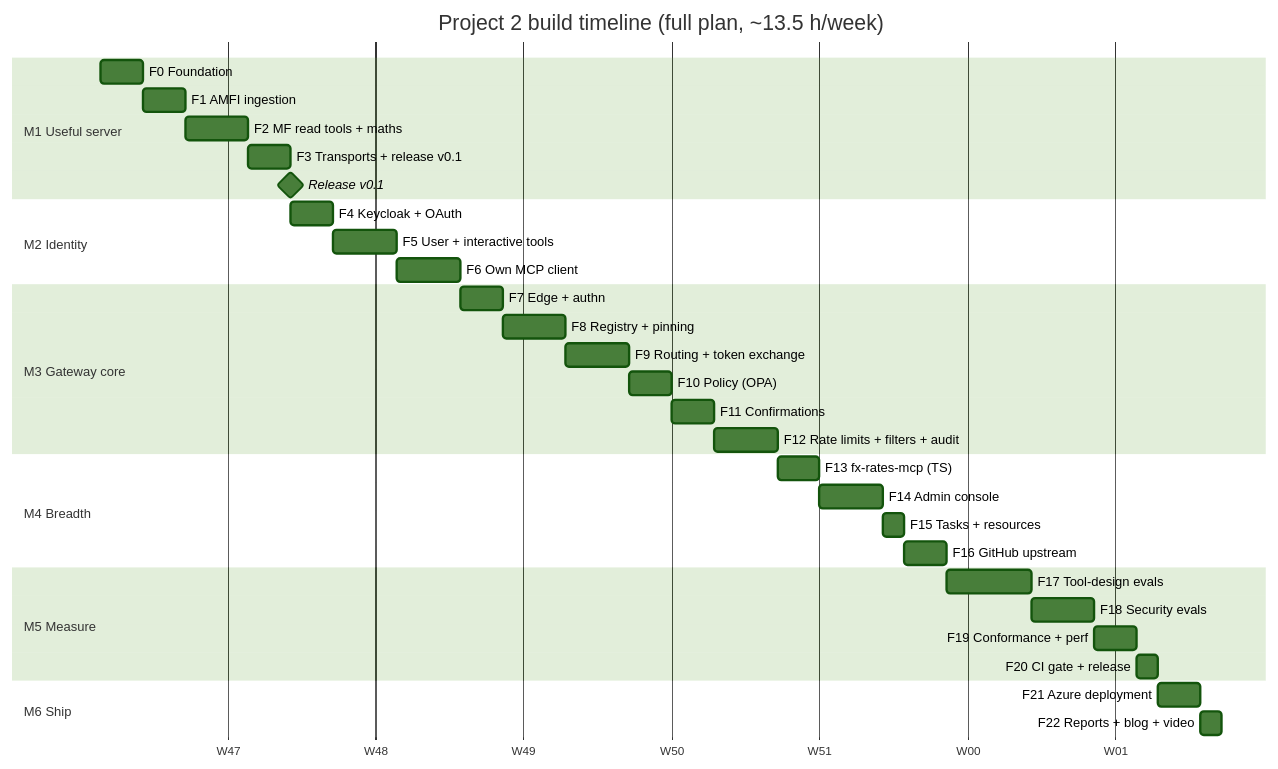
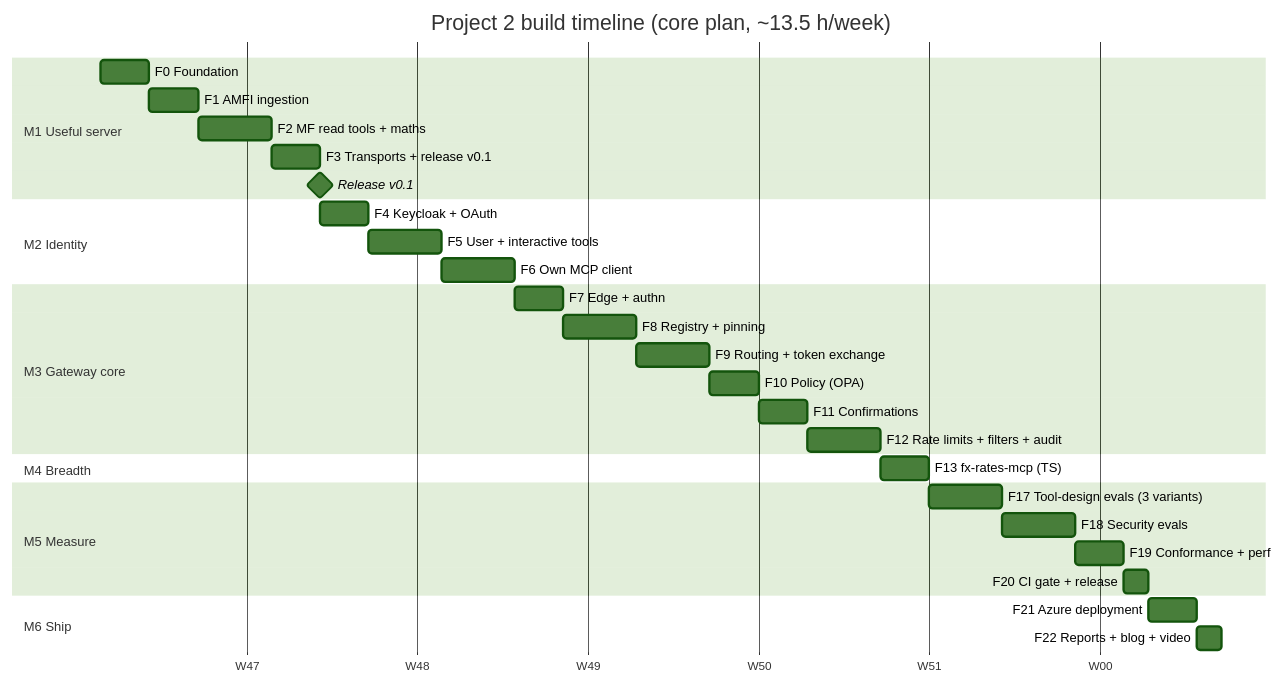
The fourth of 4 diagrams in projects/02-mcp-hub/docs/09-build-plan/README.md (pRiMeXoMeGa/AI-Learning-Projects), drawn with Mermaid (forest theme) before and after one commit. The commit also changed other lines of this file and 10 other files, not shown here.

First line of the commit message:
Choose core plan for Project 2 and update the roadmap

````diff
--- a/projects/02-mcp-hub/docs/09-build-plan/README.md
+++ b/projects/02-mcp-hub/docs/09-build-plan/README.md
@@ -215,36 +213,33 @@
 ```mermaid
 gantt
-    title Project 2 build timeline (full plan, ~13.5 h/week)
+    title Project 2 build timeline (core plan, ~13.5 h/week)
     dateFormat YYYY-MM-DD
     axisFormat W%W
     section M1 Useful server
     F0 Foundation                    :f0, 2026-11-23, 2d
     F1 AMFI ingestion                :f1, after f0, 2d
     F2 MF read tools + maths         :f2, after f1, 3d
     F3 Transports + release v0.1     :f3, after f2, 2d
     Release v0.1                     :milestone, after f3, 0d
     section M2 Identity
     F4 Keycloak + OAuth              :f4, after f3, 2d
     F5 User + interactive tools      :f5, after f4, 3d
     F6 Own MCP client                :f6, after f5, 3d
     section M3 Gateway core
     F7 Edge + authn                  :f7, after f6, 2d
     F8 Registry + pinning            :f8, after f7, 3d
     F9 Routing + token exchange      :f9, after f8, 3d
     F10 Policy (OPA)                 :f10, after f9, 2d
     F11 Confirmations                :f11, after f10, 2d
     F12 Rate limits + filters + audit :f12, after f11, 3d
     section M4 Breadth
     F13 fx-rates-mcp (TS)            :f13, after f12, 2d
-    F14 Admin console                :f14, after f13, 3d
-    F15 Tasks + resources            :f15, after f14, 1d
-    F16 GitHub upstream              :f16, after f15, 2d
     section M5 Measure
-    F17 Tool-design evals            :f17, after f16, 4d
+    F17 Tool-design evals (3 variants) :f17, after f13, 3d
     F18 Security evals               :f18, after f17, 3d
     F19 Conformance + perf           :f19, after f18, 2d
     F20 CI gate + release            :f20, after f19, 1d
     section M6 Ship
     F21 Azure deployment             :f21, after f20, 2d
     F22 Reports + blog + video       :f22, after f21, 1d
 ```
````
